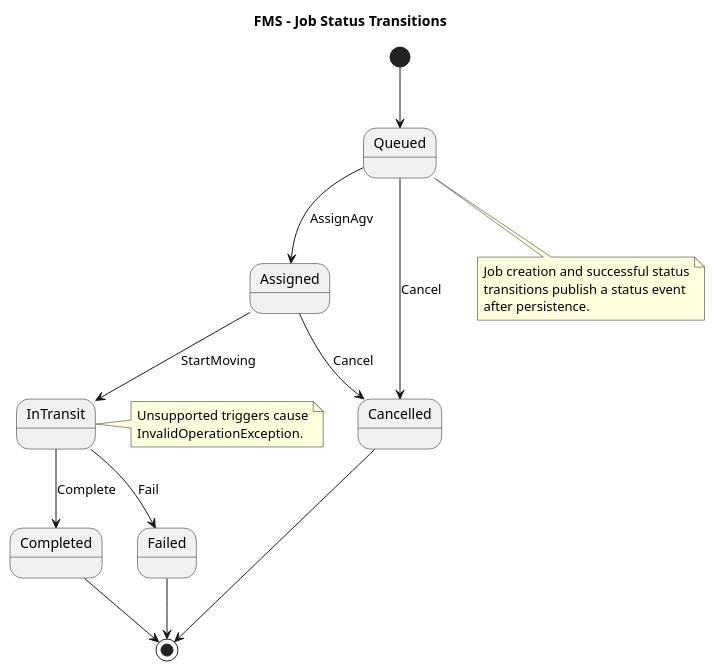
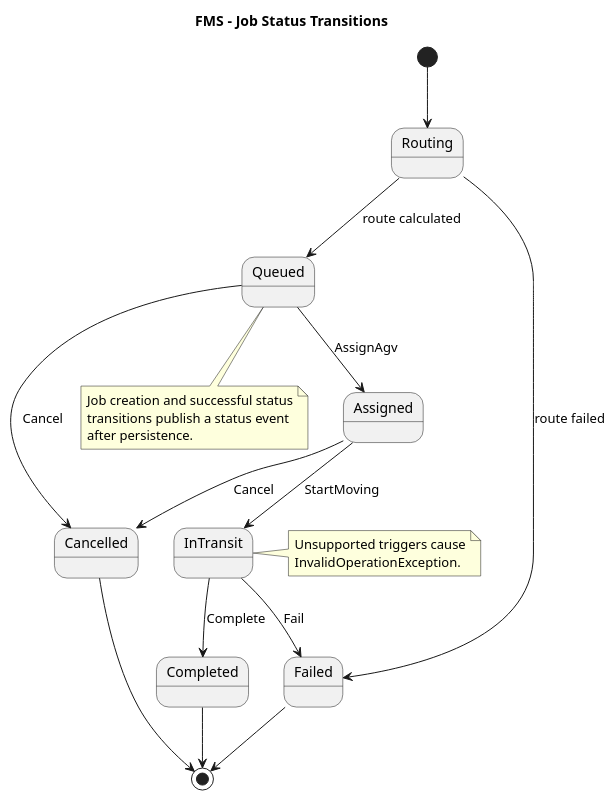
Before and after one commit to doradora58/FMS: the third of 3 diagrams in current-design.puml, drawn with PlantUML. The commit also changed other lines of this file and 41 other files, not shown here.

```diff
--- a/current-design.puml
+++ b/current-design.puml
@@ -121,24 +168,26 @@
 @startuml FMS_Job_State_Machine
 title FMS - Job Status Transitions
 
-[*] --> Queued
+[*] --> Routing
+Routing --> Queued : route calculated
+Routing --> Failed : route failed
 Queued --> Assigned : AssignAgv
 Queued --> Cancelled : Cancel
 Assigned --> InTransit : StartMoving
 Assigned --> Cancelled : Cancel
 InTransit --> Completed : Complete
 InTransit --> Failed : Fail
 Completed --> [*]
 Failed --> [*]
 Cancelled --> [*]
 
 note right of InTransit
   Unsupported triggers cause
   InvalidOperationException.
 end note
 note bottom of Queued
   Job creation and successful status
   transitions publish a status event
   after persistence.
 end note
 @enduml
```
